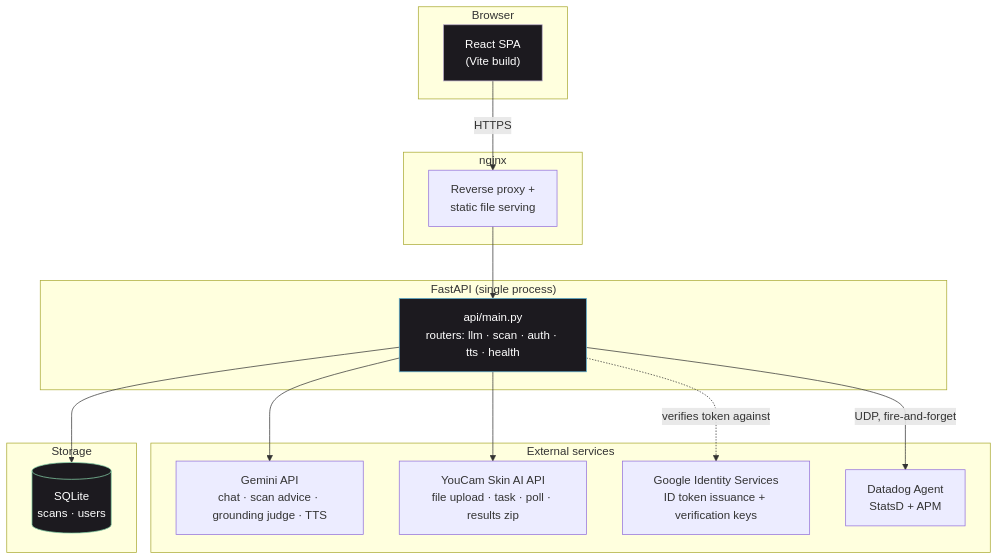
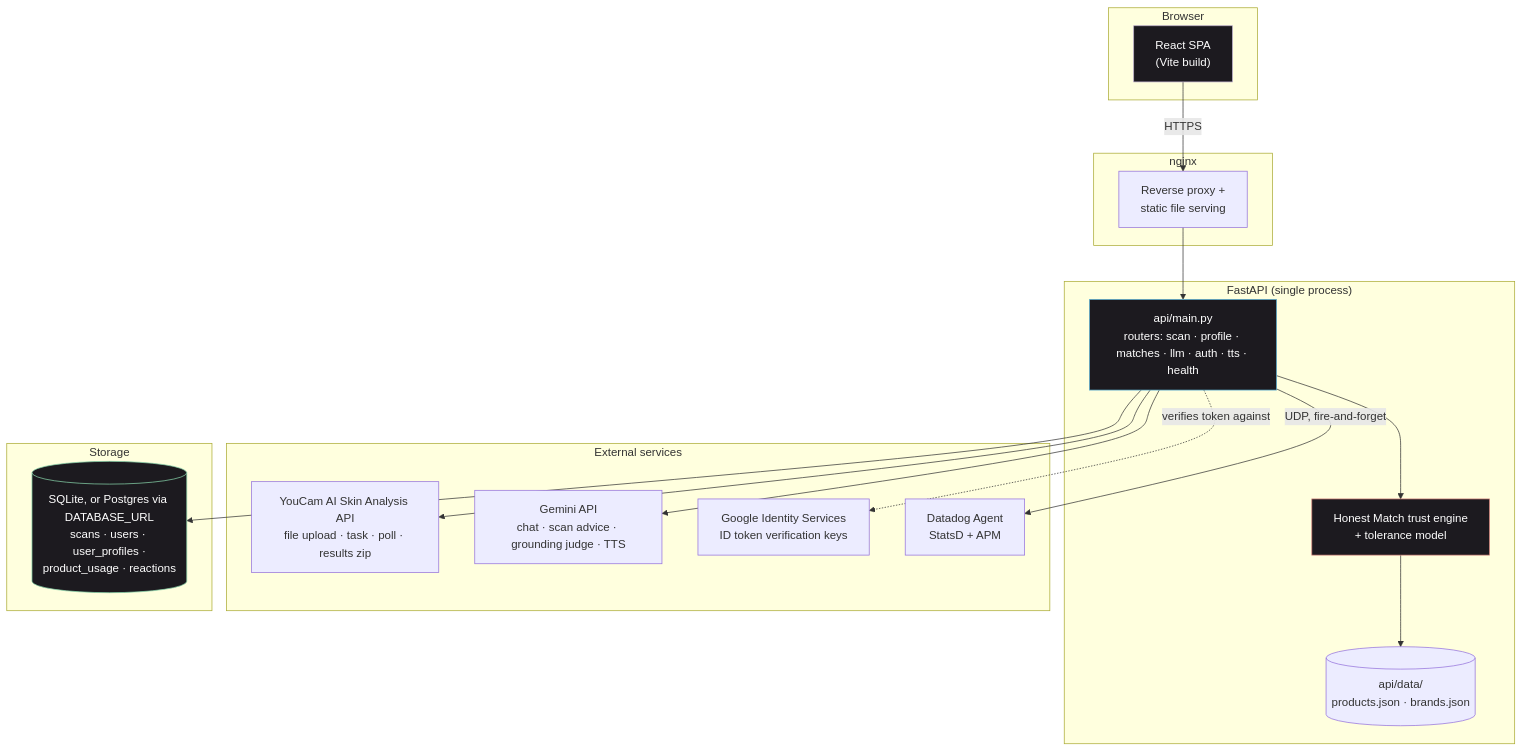
Before and after one commit to ask-anannya/Wabi-Sabi: the first of 10 diagrams in ARCHITECTURE.md, drawn with Mermaid. The commit also changed other lines of this file and 4 other files, not shown here.

Commit message:
Docs: bring architecture, README, About and grounding docs up to date

````diff
--- a/ARCHITECTURE.md
+++ b/ARCHITECTURE.md
@@ -24,36 +29,41 @@
 ```mermaid
 flowchart TB
     subgraph Client["Browser"]
         FE["React SPA<br/>(Vite build)"]
     end
 
     subgraph Edge["nginx"]
         NX["Reverse proxy +<br/>static file serving"]
     end
 
     subgraph Backend["FastAPI (single process)"]
-        API["api/main.py<br/>routers: llm · scan · auth · tts · health"]
+        API["api/main.py<br/>routers: scan · profile · matches · llm · auth · tts · health"]
+        TE["Honest Match trust engine<br/>+ tolerance model"]
+        DATA[("api/data/<br/>products.json · brands.json")]
     end
 
     subgraph External["External services"]
+        YOUCAM["YouCam AI Skin Analysis API<br/>file upload · task · poll · results zip"]
         GEMINI["Gemini API<br/>chat · scan advice · grounding judge · TTS"]
-        YOUCAM["YouCam Skin AI API<br/>file upload · task · poll · results zip"]
-        GOOGLE["Google Identity Services<br/>ID token issuance + verification keys"]
+        GOOGLE["Google Identity Services<br/>ID token verification keys"]
         DD["Datadog Agent<br/>StatsD + APM"]
     end
 
     subgraph Storage["Storage"]
-        SQLITE[("SQLite<br/>scans · users")]
+        DB[("SQLite, or Postgres via DATABASE_URL<br/>scans · users · user_profiles ·<br/>product_usage · reactions")]
     end
 
     FE -->|HTTPS| NX --> API
+    API --> YOUCAM
     API --> GEMINI
-    API --> YOUCAM
+    API --> TE
+    TE --> DATA
     API -.verifies token against.-> GOOGLE
-    API --> SQLITE
+    API --> DB
     API -->|UDP, fire-and-forget| DD
 
     style API fill:#1c1a1f,stroke:#5fb4d9,color:#fff
+    style TE fill:#1c1a1f,stroke:#d4807a,color:#fff
     style FE fill:#1c1a1f,stroke:#b8a9c9,color:#fff
-    style SQLITE fill:#1c1a1f,stroke:#88d4ab,color:#fff
+    style DB fill:#1c1a1f,stroke:#88d4ab,color:#fff
 ```
````
